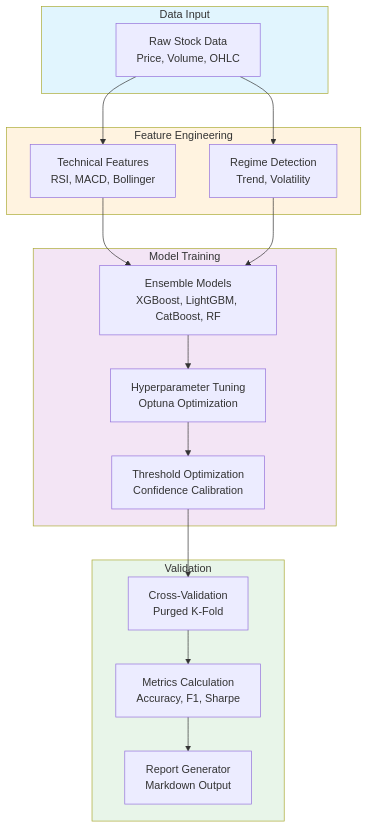
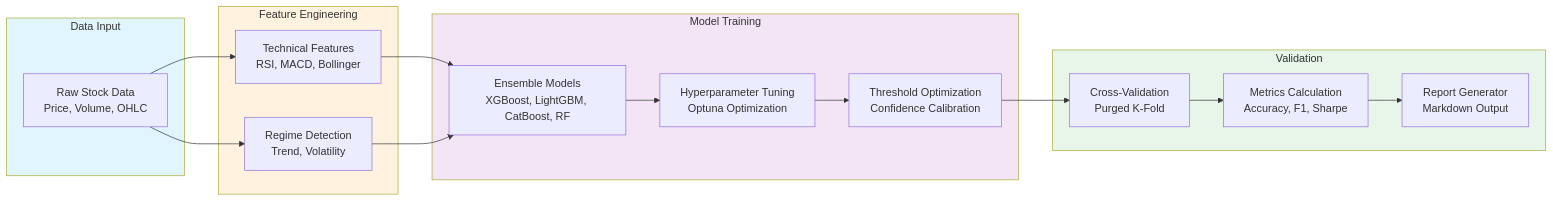
The diagram in docs/ML_MODULE_GUIDE.md (LiteObject/ai-stock-analyst), drawn with Mermaid before and after one commit.

Commit message:
docs: Update visual summary flow direction in ML Module Guide

````diff
--- a/docs/ML_MODULE_GUIDE.md
+++ b/docs/ML_MODULE_GUIDE.md
@@ -173,38 +173,38 @@
 ```mermaid
-flowchart TB
+flowchart LR
     subgraph Input["Data Input"]
         A[Raw Stock Data<br/>Price, Volume, OHLC]
     end
     
     subgraph Features["Feature Engineering"]
         B[Technical Features<br/>RSI, MACD, Bollinger]
         C[Regime Detection<br/>Trend, Volatility]
     end
     
     subgraph Models["Model Training"]
         D[Ensemble Models<br/>XGBoost, LightGBM, CatBoost, RF]
         E[Hyperparameter Tuning<br/>Optuna Optimization]
         F[Threshold Optimization<br/>Confidence Calibration]
     end
     
     subgraph Validation["Validation"]
         G[Cross-Validation<br/>Purged K-Fold]
         H[Metrics Calculation<br/>Accuracy, F1, Sharpe]
         I[Report Generator<br/>Markdown Output]
     end
     
     A --> B
     A --> C
     B --> D
     C --> D
     D --> E
     E --> F
     F --> G
     G --> H
     H --> I
 
     style Input fill:#e1f5fe
     style Features fill:#fff3e0
     style Models fill:#f3e5f5
     style Validation fill:#e8f5e9
 ```
````
